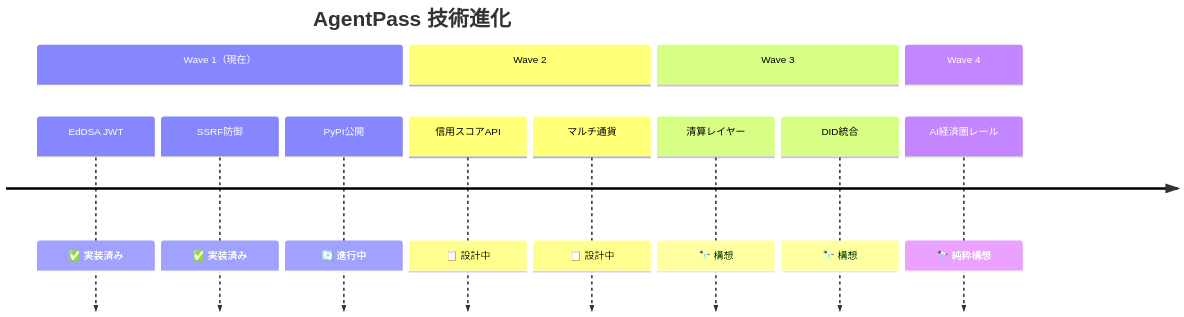
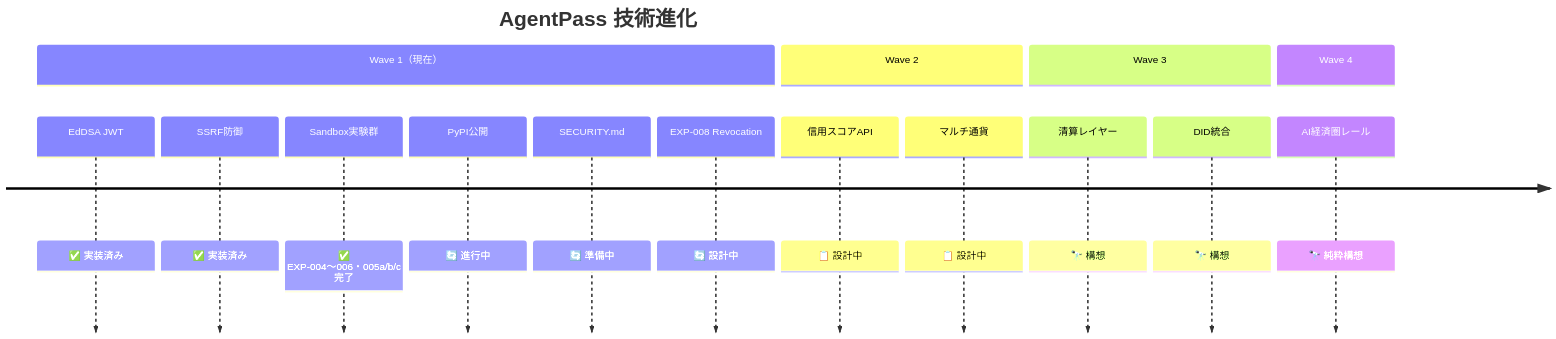
Before and after one commit to notenkitoclient-cpu/agentpass: the diagram in AI運営OS用/docs/ROADMAP.md, drawn with Mermaid. The commit also changed other lines of this file, not shown here.

First line of the commit message:
docs(roadmap): reflect Wave1 sandbox experiments and current state

````diff
--- a/AI運営OS用/docs/ROADMAP.md
+++ b/AI運営OS用/docs/ROADMAP.md
@@ -121,16 +151,19 @@
 ```mermaid
 timeline
     title AgentPass 技術進化
     section Wave 1（現在）
-        EdDSA JWT : ✅ 実装済み
-        SSRF防御  : ✅ 実装済み
-        PyPI公開  : 🔄 進行中
+        EdDSA JWT        : ✅ 実装済み
+        SSRF防御         : ✅ 実装済み
+        Sandbox実験群    : ✅ EXP-004〜006・005a/b/c 完了
+        PyPI公開         : 🔄 進行中
+        SECURITY.md      : 🔄 準備中
+        EXP-008 Revocation : 🔄 設計中
     section Wave 2
         信用スコアAPI : 📋 設計中
         マルチ通貨    : 📋 設計中
     section Wave 3
         清算レイヤー  : 🔭 構想
         DID統合       : 🔭 構想
     section Wave 4
         AI経済圏レール : 🔭 純粋構想
 ```
````
